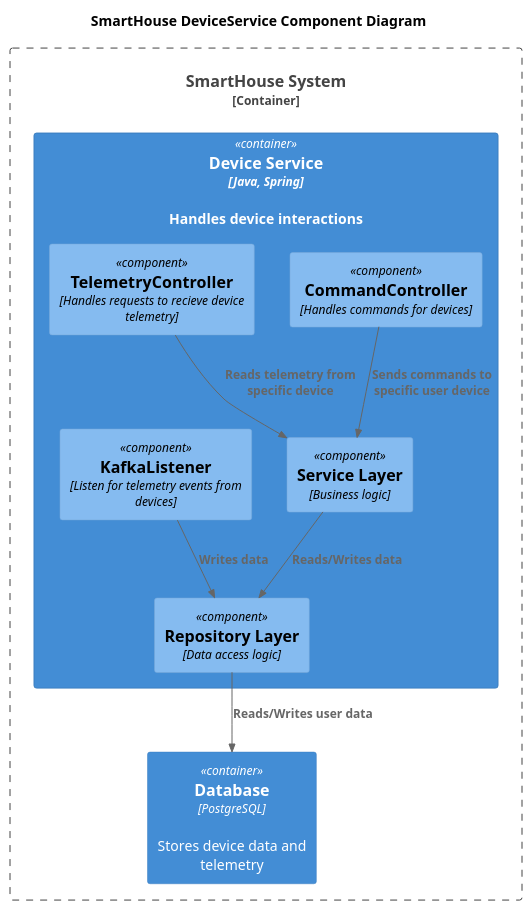
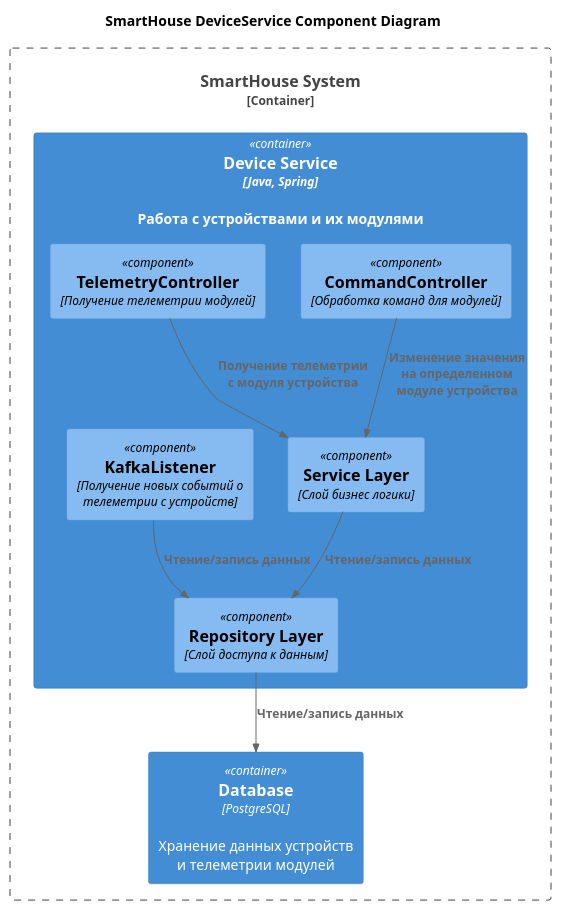
The diagram in schemas/Component_Device_task_2.puml (ZhurkinAngular/Warmhouse), drawn with PlantUML before and after one commit. The commit also changed 3 other files, not shown here.

```diff
--- a/schemas/Component_Device_task_2.puml
+++ b/schemas/Component_Device_task_2.puml
@@ -1,26 +1,26 @@
 @startuml
 title SmartHouse DeviceService Component Diagram
 
 top to bottom direction
 
 !includeurl https://raw.githubusercontent.com/RicardoNiepel/C4-PlantUML/master/C4_Component.puml
 
 Container_Boundary(SmartHouseSystem, "SmartHouse System") {
-  Container(DeviceService, "Device Service", "Java, Spring", "Handles device interactions")
-  Container(Database, "Database", "PostgreSQL", "Stores device data and telemetry")
+  Container(DeviceService, "Device Service", "Java, Spring", "Работа с устройствами и их модулями")
+  Container(Database, "Database", "PostgreSQL", "Хранение данных устройств и телеметрии модулей")
 }
 
 Container(DeviceService, "Web Application", "Java, Spring") {
-  Component(CommandController, "CommandController", "Handles commands for devices")
-  Component(TelemetryController, "TelemetryController", "Handles requests to recieve device telemetry")
-  Component(KafkaListener, "KafkaListener", "Listen for telemetry events from devices")
-  Component(ServiceLayer, "Service Layer", "Business logic")
-  Component(RepositoryLayer, "Repository Layer", "Data access logic")
+  Component(CommandController, "CommandController", "Обработка команд для модулей")
+  Component(TelemetryController, "TelemetryController", "Получение телеметрии модулей")
+  Component(KafkaListener, "KafkaListener", "Получение новых событий о телеметрии с устройств")
+  Component(ServiceLayer, "Service Layer", "Слой бизнес логики")
+  Component(RepositoryLayer, "Repository Layer", "Слой доступа к данным")
 }
 
-Rel(CommandController,ServiceLayer,"Sends commands to specific user device")
-Rel(TelemetryController,ServiceLayer,"Reads telemetry from specific device")
-Rel(ServiceLayer,RepositoryLayer,"Reads/Writes data")
-Rel(KafkaListener,RepositoryLayer,"Writes data")
-Rel(RepositoryLayer,Database,"Reads/Writes user data")
+Rel(CommandController,ServiceLayer,"Изменение значения на определенном модуле устройства")
+Rel(TelemetryController,ServiceLayer,"Получение телеметрии с модуля устройства")
+Rel(ServiceLayer,RepositoryLayer,"Чтение/запись данных")
+Rel(KafkaListener,RepositoryLayer,"Чтение/запись данных")
+Rel(RepositoryLayer,Database,"Чтение/запись данных")
 @enduml
```
